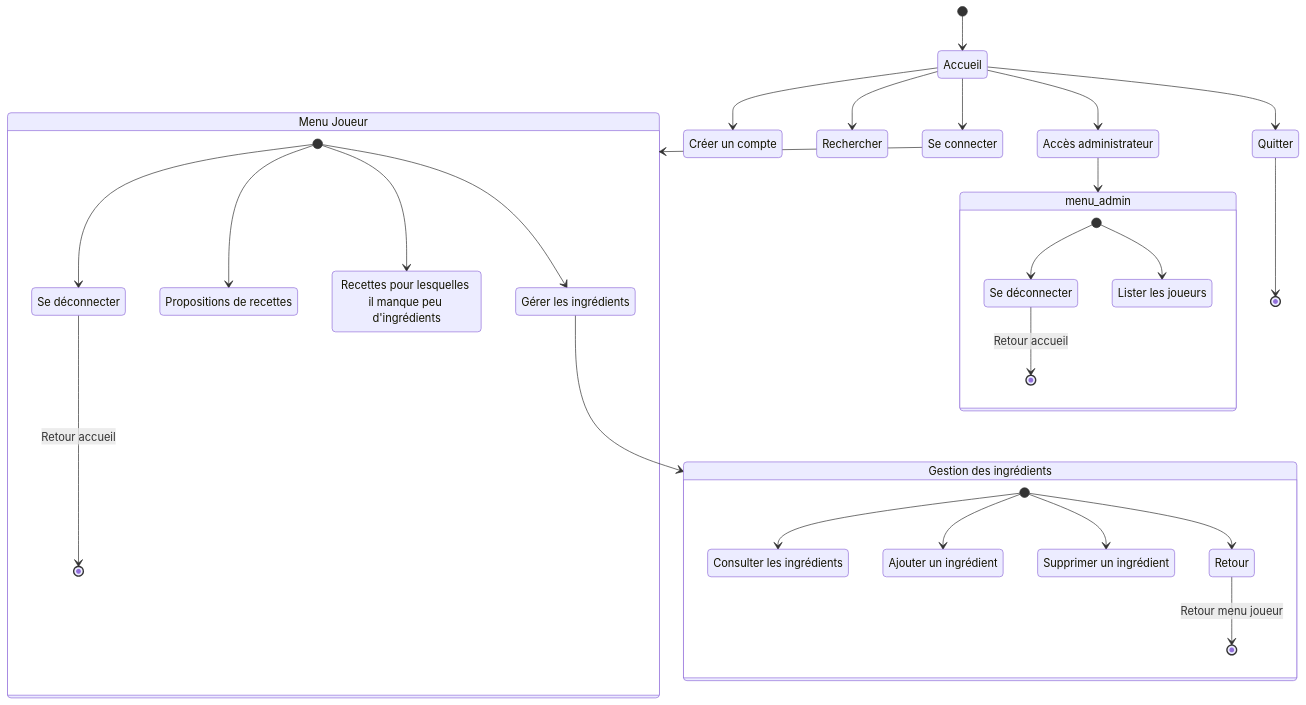
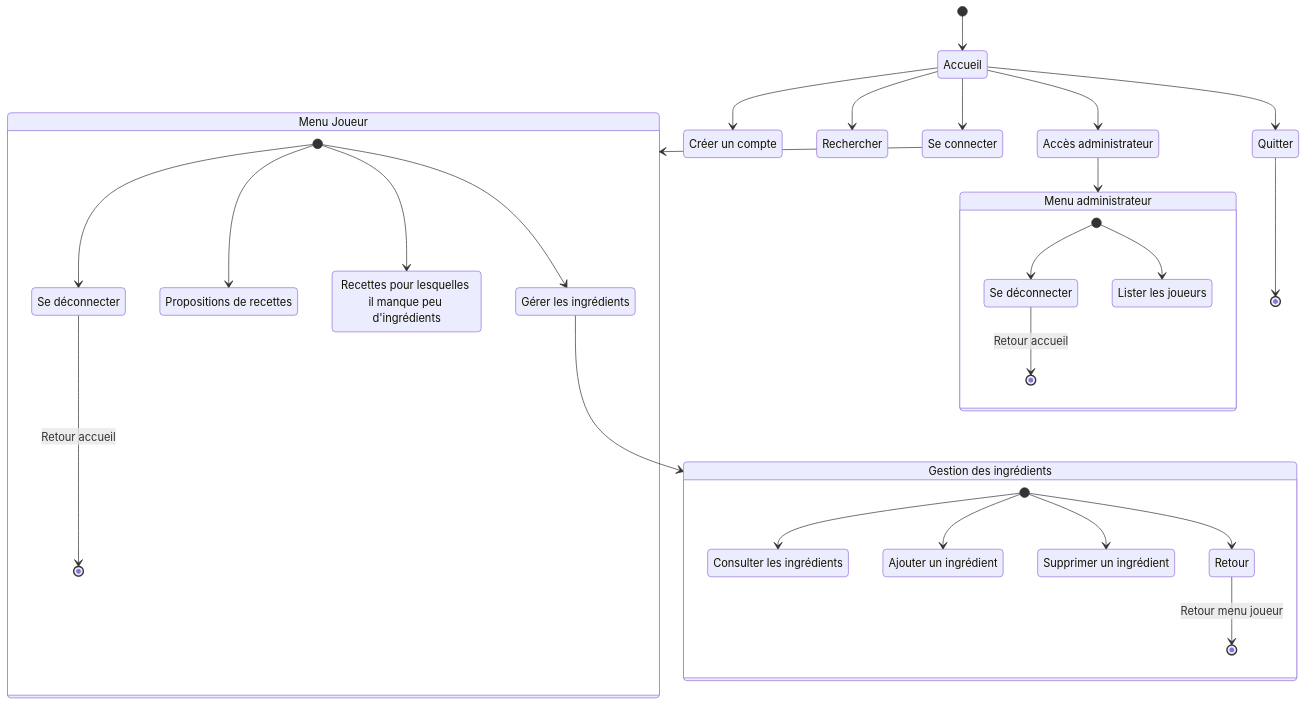
Before and after one commit to bbrunel/ENSAI-2A-projet-info: the diagram in doc/diag_activites.md, drawn with Mermaid.

Commit message:
menu admin diag act

````diff
--- a/doc/diag_activites.md
+++ b/doc/diag_activites.md
@@ -19,57 +19,58 @@
 ```mermaid
 stateDiagram
     login : Se connecter
     menu_joueur : Menu Joueur
     menu_ingr : Gestion des ingrédients
     logon : Créer un compte
     gerer_ingr : Gérer les ingrédients
     Consulter_les_ingrédients : Consulter les ingrédients
     Ajouter_un_ingrédient : Ajouter un ingrédient
     Supprimer_un_ingrédient : Supprimer un ingrédient
     recettes : Propositions de recettes
     rec_ingr_manquant : Recettes pour lesquelles il manque peu d'ingrédients
     logout : Se déconnecter
     admin : Accès administrateur
     admin_out : Se déconnecter
     list_joueurs : Lister les joueurs
+    menu_admin : Menu administrateur
     
     [*] --> Accueil
     
     Accueil --> Rechercher
 
     Accueil --> login
     login --> menu_joueur
     
     Accueil --> logon
 
     Accueil --> admin
     admin --> menu_admin
     
     Accueil --> Quitter
     Quitter --> [*]
 
     state menu_admin {
       [*] --> list_joueurs
       [*] --> admin_out
       admin_out --> [*]: Retour accueil
     }
     
     state menu_joueur {
     	[*] --> gerer_ingr
       [*] --> recettes
       [*] --> rec_ingr_manquant
     	[*] --> logout
       logout --> [*]:Retour accueil
     }
 
   gerer_ingr --> menu_ingr
 
     state menu_ingr {
       [*] --> Consulter_les_ingrédients
       [*] --> Ajouter_un_ingrédient
       [*] --> Supprimer_un_ingrédient
       [*] --> Retour
       Retour --> [*]: Retour menu joueur
         
     }
 ```
````
